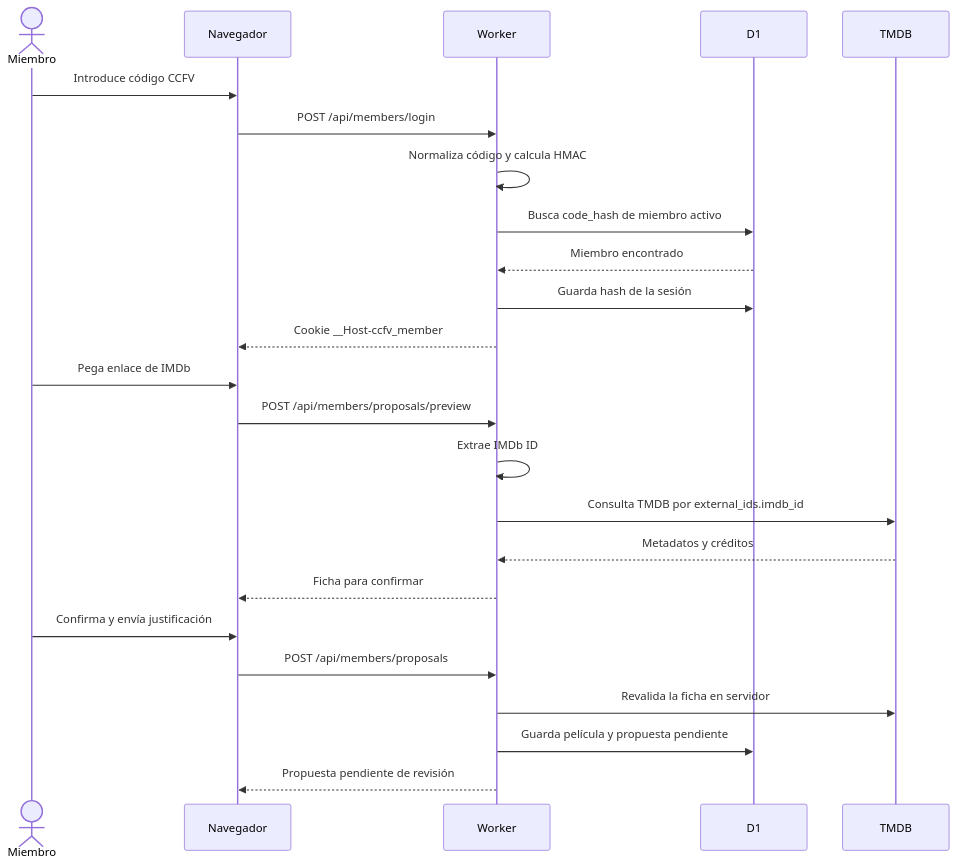
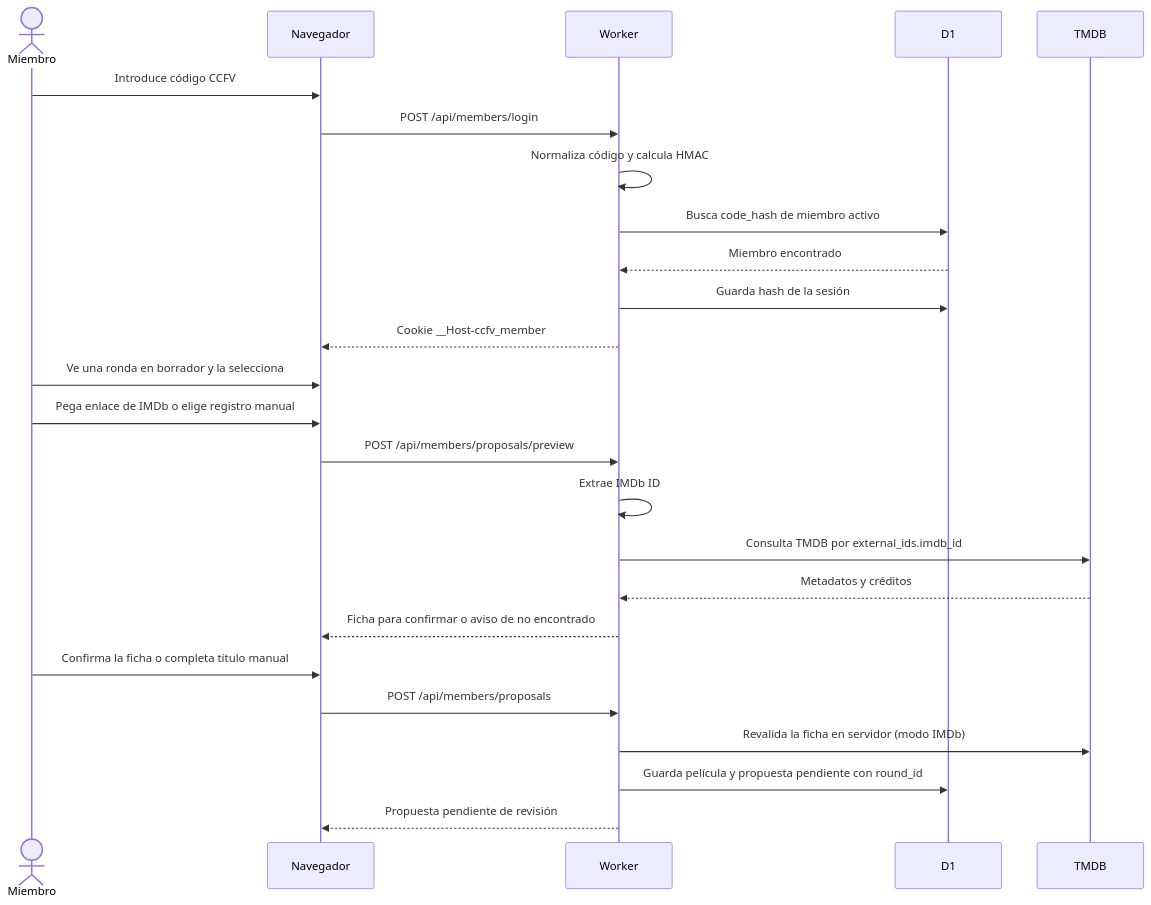
One commit to DenilDenilson/ccfv changed the second of 9 diagrams in DOCUMENTACION.md. Above: the diagram before and after it, drawn with Mermaid. The commit also changed other lines of this file, not shown here.

Commit message:
docs: document round-scoped and manual proposals

````diff
--- a/DOCUMENTACION.md
+++ b/DOCUMENTACION.md
@@ -131,27 +131,28 @@
 ```mermaid
 sequenceDiagram
     actor M as Miembro
     participant B as Navegador
     participant W as Worker
     participant D as D1
     participant T as TMDB
 
     M->>B: Introduce código CCFV
     B->>W: POST /api/members/login
     W->>W: Normaliza código y calcula HMAC
     W->>D: Busca code_hash de miembro activo
     D-->>W: Miembro encontrado
     W->>D: Guarda hash de la sesión
     W-->>B: Cookie __Host-ccfv_member
-    M->>B: Pega enlace de IMDb
+    M->>B: Ve una ronda en borrador y la selecciona
+    M->>B: Pega enlace de IMDb o elige registro manual
     B->>W: POST /api/members/proposals/preview
     W->>W: Extrae IMDb ID
     W->>T: Consulta TMDB por external_ids.imdb_id
     T-->>W: Metadatos y créditos
-    W-->>B: Ficha para confirmar
-    M->>B: Confirma y envía justificación
+    W-->>B: Ficha para confirmar o aviso de no encontrado
+    M->>B: Confirma la ficha o completa título manual
     B->>W: POST /api/members/proposals
-    W->>T: Revalida la ficha en servidor
-    W->>D: Guarda película y propuesta pendiente
+    W->>T: Revalida la ficha en servidor (modo IMDb)
+    W->>D: Guarda película y propuesta pendiente con round_id
     W-->>B: Propuesta pendiente de revisión
 ```
````
